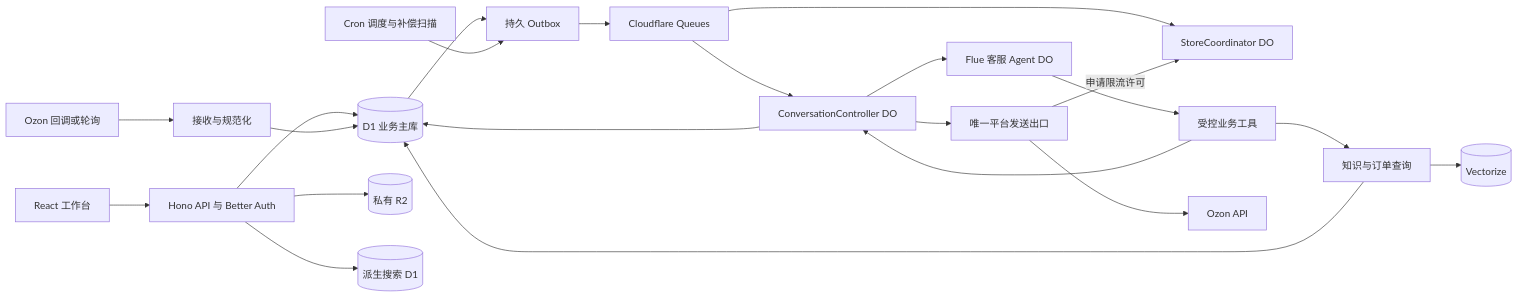
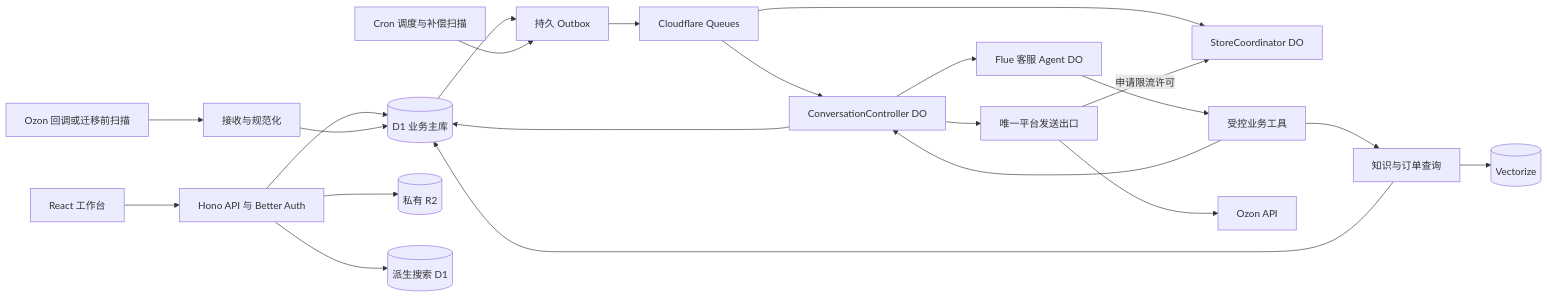
Before and after one commit to section9-lab/DingBell: the first of 4 diagrams in docs/02-architecture.md, drawn with Mermaid. The commit also changed other lines of this file and 526 other files, not shown here.

```diff
--- a/docs/02-architecture.md
+++ b/docs/02-architecture.md
@@ -42,24 +46,24 @@
 ~~~mermaid
 flowchart LR
     UI[React 工作台] --> API[Hono API 与 Better Auth]
-    OZ[Ozon 回调或轮询] --> IN[接收与规范化]
+    OZ[Ozon 回调或迁移前扫描] --> IN[接收与规范化]
     API --> DB[(D1 业务主库)]
     IN --> DB
     DB --> OUT[持久 Outbox]
     OUT --> Q[Cloudflare Queues]
     CRON[Cron 调度与补偿扫描] --> OUT
     Q --> CC[ConversationController DO]
     Q --> SC[StoreCoordinator DO]
     CC --> FLUE[Flue 客服 Agent DO]
     FLUE --> TOOLS[受控业务工具]
     TOOLS --> CC
     TOOLS --> DATA[知识与订单查询]
     CC --> SEND[唯一平台发送出口]
     SEND -->|申请限流许可| SC
     SEND --> OZAPI[Ozon API]
     CC --> DB
     API --> FILES[(私有 R2)]
     DATA --> DB
     DATA --> VECTOR[(Vectorize)]
     API --> SEARCH[(派生搜索 D1)]
 ~~~
```
